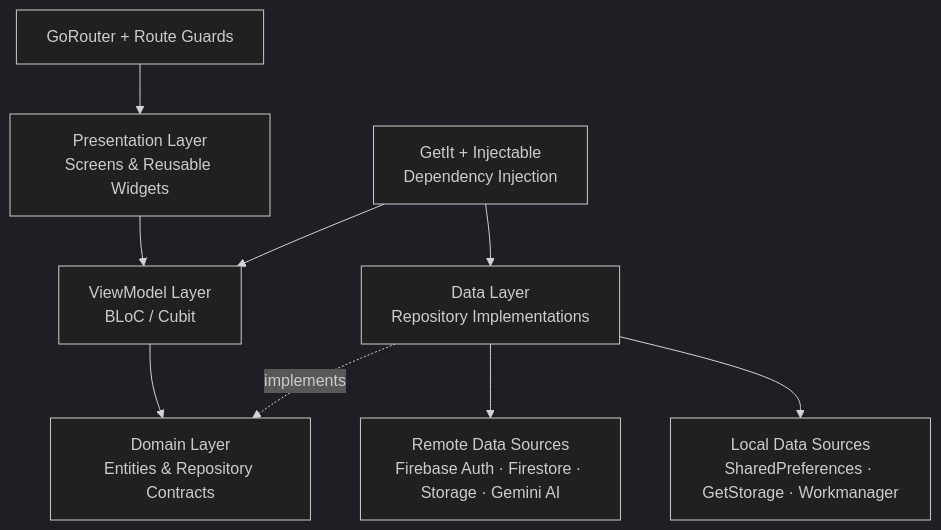
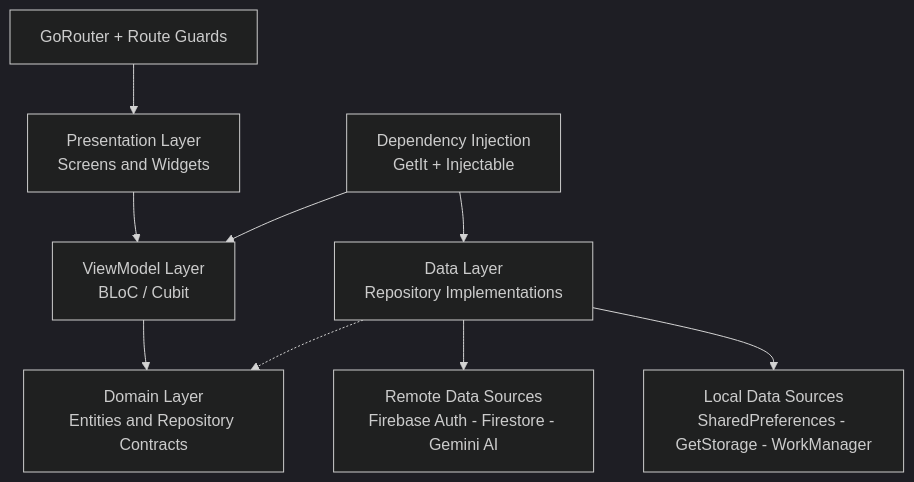
Before and after one commit to hossamelshafay/Saveit: the diagram in README.md, drawn with Mermaid (dark theme). The commit also changed other lines of this file, not shown here.

Commit message:
docs: fix Mermaid architecture diagram

````diff
--- a/README.md
+++ b/README.md
@@ -65,11 +66,11 @@
 ```mermaid
 flowchart TB
-    UI["Presentation Layer\nScreens & Reusable Widgets"] --> Cubit["ViewModel Layer\nBLoC / Cubit"]
-    Router["GoRouter + Route Guards"] --> UI
-    Cubit --> RepoContract["Domain Layer\nEntities & Repository Contracts"]
-    RepoImpl["Data Layer\nRepository Implementations"] -. implements .-> RepoContract
-    RepoImpl --> Remote["Remote Data Sources\nFirebase Auth · Firestore · Storage · Gemini AI"]
-    RepoImpl --> Local["Local Data Sources\nSharedPreferences · GetStorage · Workmanager"]
-    DI["GetIt + Injectable\nDependency Injection"] --> Cubit
-    DI --> RepoImpl
+    Router["GoRouter + Route Guards"] --> UI["Presentation Layer<br/>Screens and Widgets"]
+    UI --> Cubit["ViewModel Layer<br/>BLoC / Cubit"]
+    Cubit --> Domain["Domain Layer<br/>Entities and Repository Contracts"]
+    Repo["Data Layer<br/>Repository Implementations"] -.-> Domain
+    Repo --> Remote["Remote Data Sources<br/>Firebase Auth - Firestore - Gemini AI"]
+    Repo --> Local["Local Data Sources<br/>SharedPreferences - GetStorage - WorkManager"]
+    DI["Dependency Injection<br/>GetIt + Injectable"] --> Cubit
+    DI --> Repo
 ```
````
